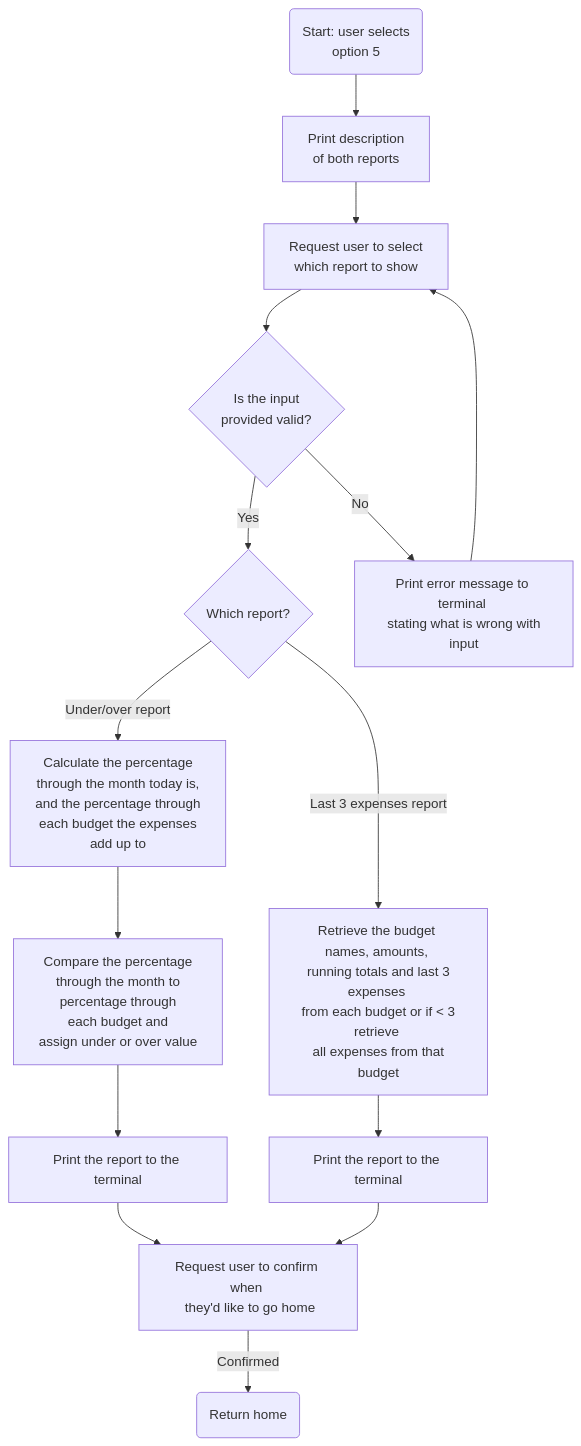
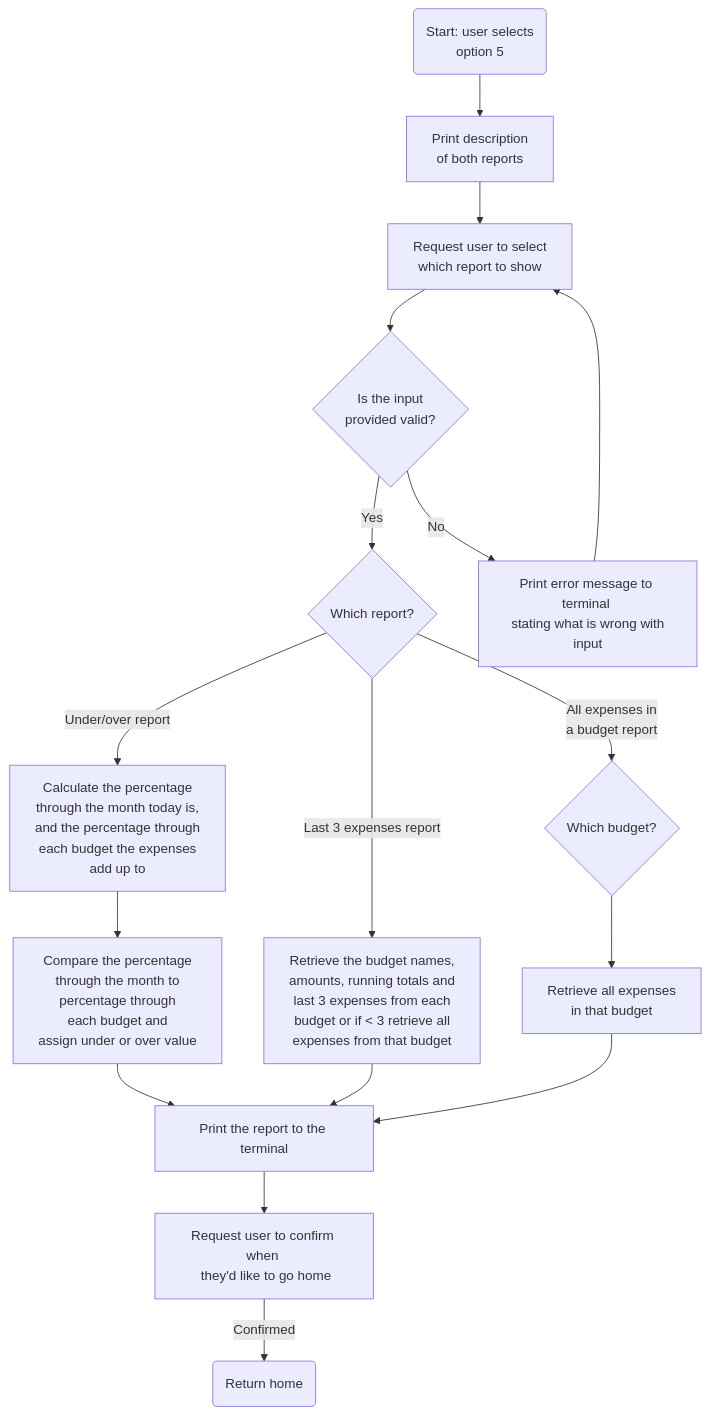
One commit to EvitaKnits/Cashflow-Companion changed the eighth of 8 diagrams in README.md. Above: the diagram before and after it, drawn with Mermaid. The commit also changed other lines of this file, not shown here.

Commit message:
Update flowcharts in readme from bm bug one changes

````diff
--- a/README.md
+++ b/README.md
@@ -291,17 +280,19 @@
 ```mermaid
 flowchart TD
     A(Start: user selects \n option 5) --> B[Print description \n of both reports]
     B-->C[Request user to select \n which report to show]
     C --> D{Is the input \n provided valid?}
     D -->|Yes| E{Which report?}
     D -->|No| F[Print error message to terminal \n stating what is wrong with input]
     F -->C
     E --> |Under/over report|G[Calculate the percentage \n through the month today is, \n and the percentage through \n each budget the expenses \n add up to]
     G --> H[Compare the percentage \n through the month to \n percentage through \n each budget and \n assign under or over value]
     H --> I[Print the report to the terminal]
     I --> J[Request user to confirm when \n they'd like to go home]
     J --> |Confirmed| K(Return home)
-    E --> |Last 3 expenses report| L[Retrieve the budget names, amounts, \n running totals and last 3 expenses \n from each budget or if < 3 retrieve \n all expenses from that budget]
-    L --> M[Print the report to the terminal]
-    M -->J
+    E --> |Last 3 expenses report| L[Retrieve the budget names, \n amounts, running totals and \n last 3 expenses from each \n budget or if < 3 retrieve all \n expenses from that budget]
+    L --> I
+    E --> |All expenses in \n a budget report| N{Which budget?}
+    N --> O[Retrieve all expenses \n in that budget]
+    O --> I
 ```
````
